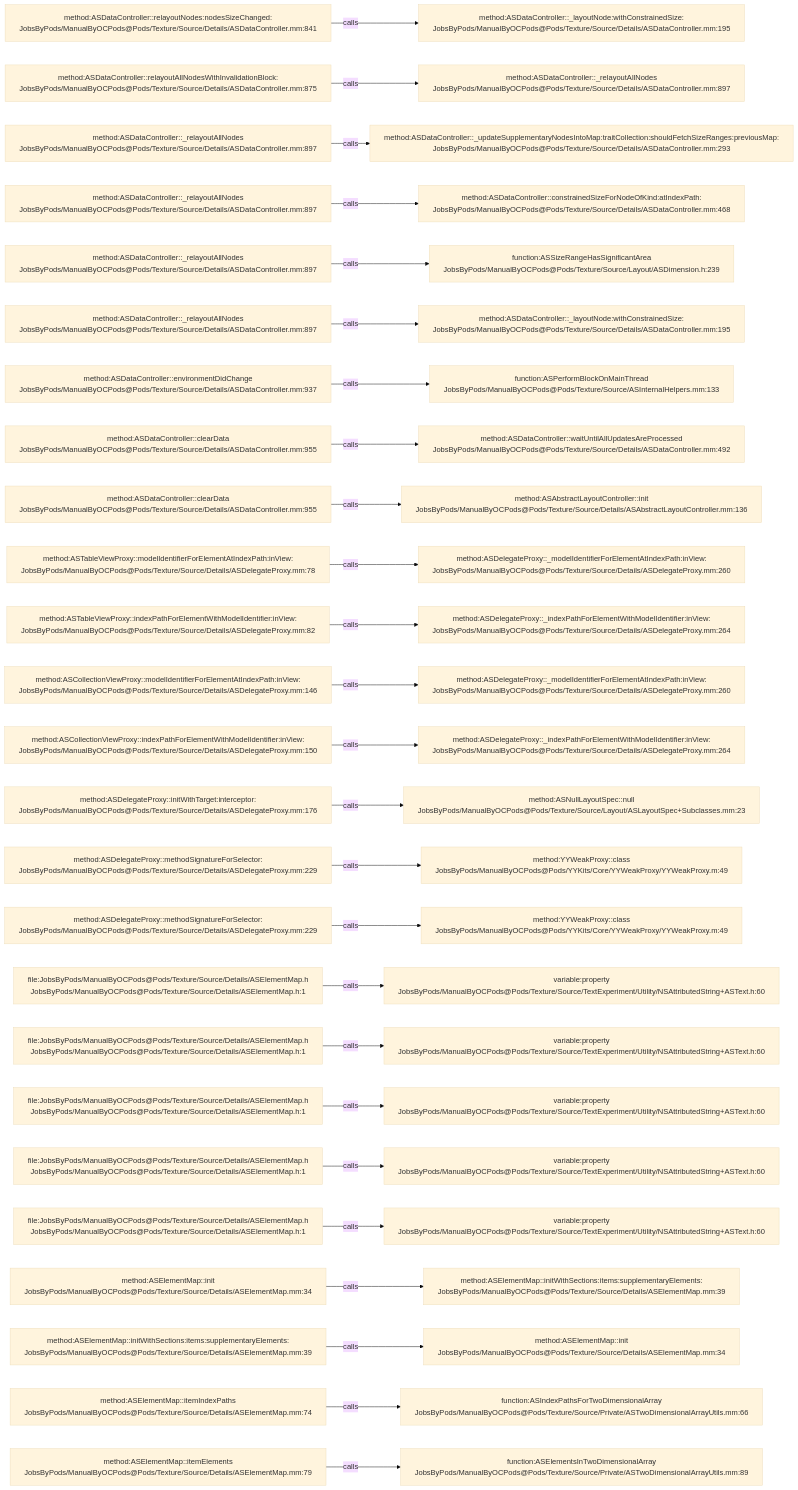
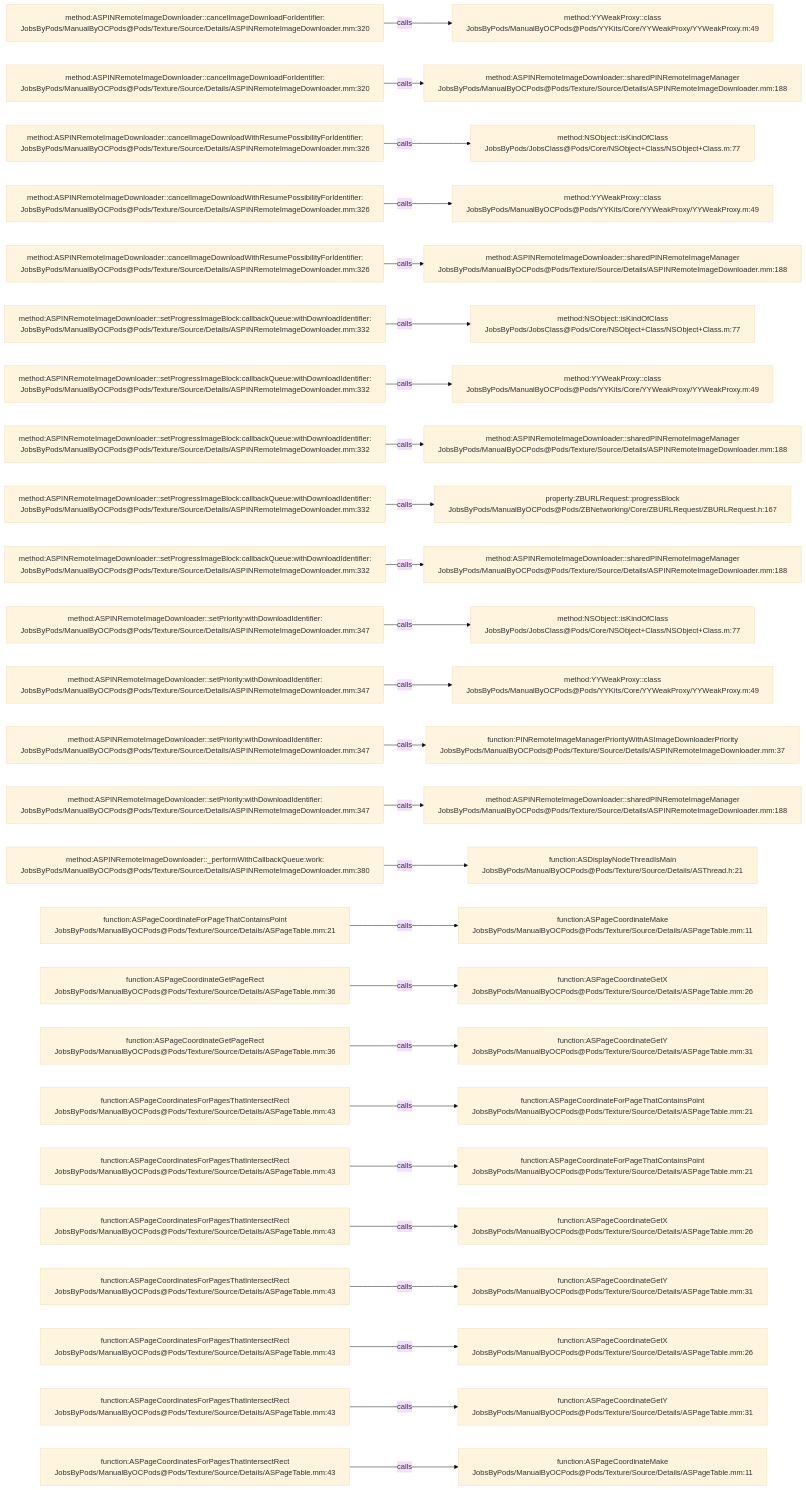
Before and after one commit to JobsKits/JobsOCBaseConfigDemo: the diagram in .codegraph/codegraph.md/graphs/calls-164.md, drawn with Mermaid (base theme). The commit also changed 1223 other files, not shown here.

````diff
--- a/.codegraph/codegraph.md/graphs/calls-164.md
+++ b/.codegraph/codegraph.md/graphs/calls-164.md
@@ -13,78 +13,78 @@
 ```mermaid
 flowchart LR
-  S1["method:ASDataController::relayoutNodes:nodesSizeChanged:<br/>JobsByPods/ManualByOCPods@Pods/Texture/Source/Details/ASDataController.mm:841"]
-  T1["method:ASDataController::_layoutNode:withConstrainedSize:<br/>JobsByPods/ManualByOCPods@Pods/Texture/Source/Details/ASDataController.mm:195"]
+  S1["method:ASPINRemoteImageDownloader::cancelImageDownloadForIdentifier:<br/>JobsByPods/ManualByOCPods@Pods/Texture/Source/Details/ASPINRemoteImageDownloader.mm:320"]
+  T1["method:YYWeakProxy::class<br/>JobsByPods/ManualByOCPods@Pods/YYKits/Core/YYWeakProxy/YYWeakProxy.m:49"]
   S1 -->|calls| T1
-  S2["method:ASDataController::relayoutAllNodesWithInvalidationBlock:<br/>JobsByPods/ManualByOCPods@Pods/Texture/Source/Details/ASDataController.mm:875"]
-  T2["method:ASDataController::_relayoutAllNodes<br/>JobsByPods/ManualByOCPods@Pods/Texture/Source/Details/ASDataController.mm:897"]
+  S2["method:ASPINRemoteImageDownloader::cancelImageDownloadForIdentifier:<br/>JobsByPods/ManualByOCPods@Pods/Texture/Source/Details/ASPINRemoteImageDownloader.mm:320"]
+  T2["method:ASPINRemoteImageDownloader::sharedPINRemoteImageManager<br/>JobsByPods/ManualByOCPods@Pods/Texture/Source/Details/ASPINRemoteImageDownloader.mm:188"]
   S2 -->|calls| T2
-  S3["method:ASDataController::_relayoutAllNodes<br/>JobsByPods/ManualByOCPods@Pods/Texture/Source/Details/ASDataController.mm:897"]
-  T3["method:ASDataController::_updateSupplementaryNodesIntoMap:traitCollection:shouldFetchSizeRanges:previousMap:<br/>JobsByPods/ManualByOCPods@Pods/Texture/Source/Details/ASDataController.mm:293"]
+  S3["method:ASPINRemoteImageDownloader::cancelImageDownloadWithResumePossibilityForIdentifier:<br/>JobsByPods/ManualByOCPods@Pods/Texture/Source/Details/ASPINRemoteImageDownloader.mm:326"]
+  T3["method:NSObject::isKindOfClass<br/>JobsByPods/JobsClass@Pods/Core/NSObject+Class/NSObject+Class.m:77"]
   S3 -->|calls| T3
-  S4["method:ASDataController::_relayoutAllNodes<br/>JobsByPods/ManualByOCPods@Pods/Texture/Source/Details/ASDataController.mm:897"]
-  T4["method:ASDataController::constrainedSizeForNodeOfKind:atIndexPath:<br/>JobsByPods/ManualByOCPods@Pods/Texture/Source/Details/ASDataController.mm:468"]
+  S4["method:ASPINRemoteImageDownloader::cancelImageDownloadWithResumePossibilityForIdentifier:<br/>JobsByPods/ManualByOCPods@Pods/Texture/Source/Details/ASPINRemoteImageDownloader.mm:326"]
+  T4["method:YYWeakProxy::class<br/>JobsByPods/ManualByOCPods@Pods/YYKits/Core/YYWeakProxy/YYWeakProxy.m:49"]
   S4 -->|calls| T4
-  S5["method:ASDataController::_relayoutAllNodes<br/>JobsByPods/ManualByOCPods@Pods/Texture/Source/Details/ASDataController.mm:897"]
-  T5["function:ASSizeRangeHasSignificantArea<br/>JobsByPods/ManualByOCPods@Pods/Texture/Source/Layout/ASDimension.h:239"]
+  S5["method:ASPINRemoteImageDownloader::cancelImageDownloadWithResumePossibilityForIdentifier:<br/>JobsByPods/ManualByOCPods@Pods/Texture/Source/Details/ASPINRemoteImageDownloader.mm:326"]
+  T5["method:ASPINRemoteImageDownloader::sharedPINRemoteImageManager<br/>JobsByPods/ManualByOCPods@Pods/Texture/Source/Details/ASPINRemoteImageDownloader.mm:188"]
   S5 -->|calls| T5
-  S6["method:ASDataController::_relayoutAllNodes<br/>JobsByPods/ManualByOCPods@Pods/Texture/Source/Details/ASDataController.mm:897"]
-  T6["method:ASDataController::_layoutNode:withConstrainedSize:<br/>JobsByPods/ManualByOCPods@Pods/Texture/Source/Details/ASDataController.mm:195"]
+  S6["method:ASPINRemoteImageDownloader::setProgressImageBlock:callbackQueue:withDownloadIdentifier:<br/>JobsByPods/ManualByOCPods@Pods/Texture/Source/Details/ASPINRemoteImageDownloader.mm:332"]
+  T6["method:NSObject::isKindOfClass<br/>JobsByPods/JobsClass@Pods/Core/NSObject+Class/NSObject+Class.m:77"]
   S6 -->|calls| T6
-  S7["method:ASDataController::environmentDidChange<br/>JobsByPods/ManualByOCPods@Pods/Texture/Source/Details/ASDataController.mm:937"]
-  T7["function:ASPerformBlockOnMainThread<br/>JobsByPods/ManualByOCPods@Pods/Texture/Source/ASInternalHelpers.mm:133"]
+  S7["method:ASPINRemoteImageDownloader::setProgressImageBlock:callbackQueue:withDownloadIdentifier:<br/>JobsByPods/ManualByOCPods@Pods/Texture/Source/Details/ASPINRemoteImageDownloader.mm:332"]
+  T7["method:YYWeakProxy::class<br/>JobsByPods/ManualByOCPods@Pods/YYKits/Core/YYWeakProxy/YYWeakProxy.m:49"]
   S7 -->|calls| T7
-  S8["method:ASDataController::clearData<br/>JobsByPods/ManualByOCPods@Pods/Texture/Source/Details/ASDataController.mm:955"]
-  T8["method:ASDataController::waitUntilAllUpdatesAreProcessed<br/>JobsByPods/ManualByOCPods@Pods/Texture/Source/Details/ASDataController.mm:492"]
+  S8["method:ASPINRemoteImageDownloader::setProgressImageBlock:callbackQueue:withDownloadIdentifier:<br/>JobsByPods/ManualByOCPods@Pods/Texture/Source/Details/ASPINRemoteImageDownloader.mm:332"]
+  T8["method:ASPINRemoteImageDownloader::sharedPINRemoteImageManager<br/>JobsByPods/ManualByOCPods@Pods/Texture/Source/Details/ASPINRemoteImageDownloader.mm:188"]
   S8 -->|calls| T8
-  S9["method:ASDataController::clearData<br/>JobsByPods/ManualByOCPods@Pods/Texture/Source/Details/ASDataController.mm:955"]
-  T9["method:ASAbstractLayoutController::init<br/>JobsByPods/ManualByOCPods@Pods/Texture/Source/Details/ASAbstractLayoutController.mm:136"]
+  S9["method:ASPINRemoteImageDownloader::setProgressImageBlock:callbackQueue:withDownloadIdentifier:<br/>JobsByPods/ManualByOCPods@Pods/Texture/Source/Details/ASPINRemoteImageDownloader.mm:332"]
+  T9["property:ZBURLRequest::progressBlock<br/>JobsByPods/ManualByOCPods@Pods/ZBNetworking/Core/ZBURLRequest/ZBURLRequest.h:167"]
   S9 -->|calls| T9
-  S10["method:ASTableViewProxy::modelIdentifierForElementAtIndexPath:inView:<br/>JobsByPods/ManualByOCPods@Pods/Texture/Source/Details/ASDelegateProxy.mm:78"]
-  T10["method:ASDelegateProxy::_modelIdentifierForElementAtIndexPath:inView:<br/>JobsByPods/ManualByOCPods@Pods/Texture/Source/Details/ASDelegateProxy.mm:260"]
+  S10["method:ASPINRemoteImageDownloader::setProgressImageBlock:callbackQueue:withDownloadIdentifier:<br/>JobsByPods/ManualByOCPods@Pods/Texture/Source/Details/ASPINRemoteImageDownloader.mm:332"]
+  T10["method:ASPINRemoteImageDownloader::sharedPINRemoteImageManager<br/>JobsByPods/ManualByOCPods@Pods/Texture/Source/Details/ASPINRemoteImageDownloader.mm:188"]
   S10 -->|calls| T10
-  S11["method:ASTableViewProxy::indexPathForElementWithModelIdentifier:inView:<br/>JobsByPods/ManualByOCPods@Pods/Texture/Source/Details/ASDelegateProxy.mm:82"]
-  T11["method:ASDelegateProxy::_indexPathForElementWithModelIdentifier:inView:<br/>JobsByPods/ManualByOCPods@Pods/Texture/Source/Details/ASDelegateProxy.mm:264"]
+  S11["method:ASPINRemoteImageDownloader::setPriority:withDownloadIdentifier:<br/>JobsByPods/ManualByOCPods@Pods/Texture/Source/Details/ASPINRemoteImageDownloader.mm:347"]
+  T11["method:NSObject::isKindOfClass<br/>JobsByPods/JobsClass@Pods/Core/NSObject+Class/NSObject+Class.m:77"]
   S11 -->|calls| T11
-  S12["method:ASCollectionViewProxy::modelIdentifierForElementAtIndexPath:inView:<br/>JobsByPods/ManualByOCPods@Pods/Texture/Source/Details/ASDelegateProxy.mm:146"]
-  T12["method:ASDelegateProxy::_modelIdentifierForElementAtIndexPath:inView:<br/>JobsByPods/ManualByOCPods@Pods/Texture/Source/Details/ASDelegateProxy.mm:260"]
+  S12["method:ASPINRemoteImageDownloader::setPriority:withDownloadIdentifier:<br/>JobsByPods/ManualByOCPods@Pods/Texture/Source/Details/ASPINRemoteImageDownloader.mm:347"]
+  T12["method:YYWeakProxy::class<br/>JobsByPods/ManualByOCPods@Pods/YYKits/Core/YYWeakProxy/YYWeakProxy.m:49"]
   S12 -->|calls| T12
-  S13["method:ASCollectionViewProxy::indexPathForElementWithModelIdentifier:inView:<br/>JobsByPods/ManualByOCPods@Pods/Texture/Source/Details/ASDelegateProxy.mm:150"]
-  T13["method:ASDelegateProxy::_indexPathForElementWithModelIdentifier:inView:<br/>JobsByPods/ManualByOCPods@Pods/Texture/Source/Details/ASDelegateProxy.mm:264"]
+  S13["method:ASPINRemoteImageDownloader::setPriority:withDownloadIdentifier:<br/>JobsByPods/ManualByOCPods@Pods/Texture/Source/Details/ASPINRemoteImageDownloader.mm:347"]
+  T13["function:PINRemoteImageManagerPriorityWithASImageDownloaderPriority<br/>JobsByPods/ManualByOCPods@Pods/Texture/Source/Details/ASPINRemoteImageDownloader.mm:37"]
   S13 -->|calls| T13
-  S14["method:ASDelegateProxy::initWithTarget:interceptor:<br/>JobsByPods/ManualByOCPods@Pods/Texture/Source/Details/ASDelegateProxy.mm:176"]
-  T14["method:ASNullLayoutSpec::null<br/>JobsByPods/ManualByOCPods@Pods/Texture/Source/Layout/ASLayoutSpec+Subclasses.mm:23"]
+  S14["method:ASPINRemoteImageDownloader::setPriority:withDownloadIdentifier:<br/>JobsByPods/ManualByOCPods@Pods/Texture/Source/Details/ASPINRemoteImageDownloader.mm:347"]
+  T14["method:ASPINRemoteImageDownloader::sharedPINRemoteImageManager<br/>JobsByPods/ManualByOCPods@Pods/Texture/Source/Details/ASPINRemoteImageDownloader.mm:188"]
   S14 -->|calls| T14
-  S15["method:ASDelegateProxy::methodSignatureForSelector:<br/>JobsByPods/ManualByOCPods@Pods/Texture/Source/Details/ASDelegateProxy.mm:229"]
-  T15["method:YYWeakProxy::class<br/>JobsByPods/ManualByOCPods@Pods/YYKits/Core/YYWeakProxy/YYWeakProxy.m:49"]
+  S15["method:ASPINRemoteImageDownloader::_performWithCallbackQueue:work:<br/>JobsByPods/ManualByOCPods@Pods/Texture/Source/Details/ASPINRemoteImageDownloader.mm:380"]
+  T15["function:ASDisplayNodeThreadIsMain<br/>JobsByPods/ManualByOCPods@Pods/Texture/Source/Details/ASThread.h:21"]
   S15 -->|calls| T15
-  S16["method:ASDelegateProxy::methodSignatureForSelector:<br/>JobsByPods/ManualByOCPods@Pods/Texture/Source/Details/ASDelegateProxy.mm:229"]
-  T16["method:YYWeakProxy::class<br/>JobsByPods/ManualByOCPods@Pods/YYKits/Core/YYWeakProxy/YYWeakProxy.m:49"]
+  S16["function:ASPageCoordinateForPageThatContainsPoint<br/>JobsByPods/ManualByOCPods@Pods/Texture/Source/Details/ASPageTable.mm:21"]
+  T16["function:ASPageCoordinateMake<br/>JobsByPods/ManualByOCPods@Pods/Texture/Source/Details/ASPageTable.mm:11"]
   S16 -->|calls| T16
-  S17["file:JobsByPods/ManualByOCPods@Pods/Texture/Source/Details/ASElementMap.h<br/>JobsByPods/ManualByOCPods@Pods/Texture/Source/Details/ASElementMap.h:1"]
-  T17["variable:property<br/>JobsByPods/ManualByOCPods@Pods/Texture/Source/TextExperiment/Utility/NSAttributedString+ASText.h:60"]
+  S17["function:ASPageCoordinateGetPageRect<br/>JobsByPods/ManualByOCPods@Pods/Texture/Source/Details/ASPageTable.mm:36"]
+  T17["function:ASPageCoordinateGetX<br/>JobsByPods/ManualByOCPods@Pods/Texture/Source/Details/ASPageTable.mm:26"]
   S17 -->|calls| T17
-  S18["file:JobsByPods/ManualByOCPods@Pods/Texture/Source/Details/ASElementMap.h<br/>JobsByPods/ManualByOCPods@Pods/Texture/Source/Details/ASElementMap.h:1"]
-  T18["variable:property<br/>JobsByPods/ManualByOCPods@Pods/Texture/Source/TextExperiment/Utility/NSAttributedString+ASText.h:60"]
+  S18["function:ASPageCoordinateGetPageRect<br/>JobsByPods/ManualByOCPods@Pods/Texture/Source/Details/ASPageTable.mm:36"]
+  T18["function:ASPageCoordinateGetY<br/>JobsByPods/ManualByOCPods@Pods/Texture/Source/Details/ASPageTable.mm:31"]
   S18 -->|calls| T18
-  S19["file:JobsByPods/ManualByOCPods@Pods/Texture/Source/Details/ASElementMap.h<br/>JobsByPods/ManualByOCPods@Pods/Texture/Source/Details/ASElementMap.h:1"]
-  T19["variable:property<br/>JobsByPods/ManualByOCPods@Pods/Texture/Source/TextExperiment/Utility/NSAttributedString+ASText.h:60"]
+  S19["function:ASPageCoordinatesForPagesThatIntersectRect<br/>JobsByPods/ManualByOCPods@Pods/Texture/Source/Details/ASPageTable.mm:43"]
+  T19["function:ASPageCoordinateForPageThatContainsPoint<br/>JobsByPods/ManualByOCPods@Pods/Texture/Source/Details/ASPageTable.mm:21"]
   S19 -->|calls| T19
-  S20["file:JobsByPods/ManualByOCPods@Pods/Texture/Source/Details/ASElementMap.h<br/>JobsByPods/ManualByOCPods@Pods/Texture/Source/Details/ASElementMap.h:1"]
-  T20["variable:property<br/>JobsByPods/ManualByOCPods@Pods/Texture/Source/TextExperiment/Utility/NSAttributedString+ASText.h:60"]
+  S20["function:ASPageCoordinatesForPagesThatIntersectRect<br/>JobsByPods/ManualByOCPods@Pods/Texture/Source/Details/ASPageTable.mm:43"]
+  T20["function:ASPageCoordinateForPageThatContainsPoint<br/>JobsByPods/ManualByOCPods@Pods/Texture/Source/Details/ASPageTable.mm:21"]
   S20 -->|calls| T20
-  S21["file:JobsByPods/ManualByOCPods@Pods/Texture/Source/Details/ASElementMap.h<br/>JobsByPods/ManualByOCPods@Pods/Texture/Source/Details/ASElementMap.h:1"]
-  T21["variable:property<br/>JobsByPods/ManualByOCPods@Pods/Texture/Source/TextExperiment/Utility/NSAttributedString+ASText.h:60"]
+  S21["function:ASPageCoordinatesForPagesThatIntersectRect<br/>JobsByPods/ManualByOCPods@Pods/Texture/Source/Details/ASPageTable.mm:43"]
+  T21["function:ASPageCoordinateGetX<br/>JobsByPods/ManualByOCPods@Pods/Texture/Source/Details/ASPageTable.mm:26"]
   S21 -->|calls| T21
-  S22["method:ASElementMap::init<br/>JobsByPods/ManualByOCPods@Pods/Texture/Source/Details/ASElementMap.mm:34"]
-  T22["method:ASElementMap::initWithSections:items:supplementaryElements:<br/>JobsByPods/ManualByOCPods@Pods/Texture/Source/Details/ASElementMap.mm:39"]
+  S22["function:ASPageCoordinatesForPagesThatIntersectRect<br/>JobsByPods/ManualByOCPods@Pods/Texture/Source/Details/ASPageTable.mm:43"]
+  T22["function:ASPageCoordinateGetY<br/>JobsByPods/ManualByOCPods@Pods/Texture/Source/Details/ASPageTable.mm:31"]
   S22 -->|calls| T22
-  S23["method:ASElementMap::initWithSections:items:supplementaryElements:<br/>JobsByPods/ManualByOCPods@Pods/Texture/Source/Details/ASElementMap.mm:39"]
-  T23["method:ASElementMap::init<br/>JobsByPods/ManualByOCPods@Pods/Texture/Source/Details/ASElementMap.mm:34"]
+  S23["function:ASPageCoordinatesForPagesThatIntersectRect<br/>JobsByPods/ManualByOCPods@Pods/Texture/Source/Details/ASPageTable.mm:43"]
+  T23["function:ASPageCoordinateGetX<br/>JobsByPods/ManualByOCPods@Pods/Texture/Source/Details/ASPageTable.mm:26"]
   S23 -->|calls| T23
-  S24["method:ASElementMap::itemIndexPaths<br/>JobsByPods/ManualByOCPods@Pods/Texture/Source/Details/ASElementMap.mm:74"]
-  T24["function:ASIndexPathsForTwoDimensionalArray<br/>JobsByPods/ManualByOCPods@Pods/Texture/Source/Private/ASTwoDimensionalArrayUtils.mm:66"]
+  S24["function:ASPageCoordinatesForPagesThatIntersectRect<br/>JobsByPods/ManualByOCPods@Pods/Texture/Source/Details/ASPageTable.mm:43"]
+  T24["function:ASPageCoordinateGetY<br/>JobsByPods/ManualByOCPods@Pods/Texture/Source/Details/ASPageTable.mm:31"]
   S24 -->|calls| T24
-  S25["method:ASElementMap::itemElements<br/>JobsByPods/ManualByOCPods@Pods/Texture/Source/Details/ASElementMap.mm:79"]
-  T25["function:ASElementsInTwoDimensionalArray<br/>JobsByPods/ManualByOCPods@Pods/Texture/Source/Private/ASTwoDimensionalArrayUtils.mm:89"]
+  S25["function:ASPageCoordinatesForPagesThatIntersectRect<br/>JobsByPods/ManualByOCPods@Pods/Texture/Source/Details/ASPageTable.mm:43"]
+  T25["function:ASPageCoordinateMake<br/>JobsByPods/ManualByOCPods@Pods/Texture/Source/Details/ASPageTable.mm:11"]
   S25 -->|calls| T25
 ```
````
